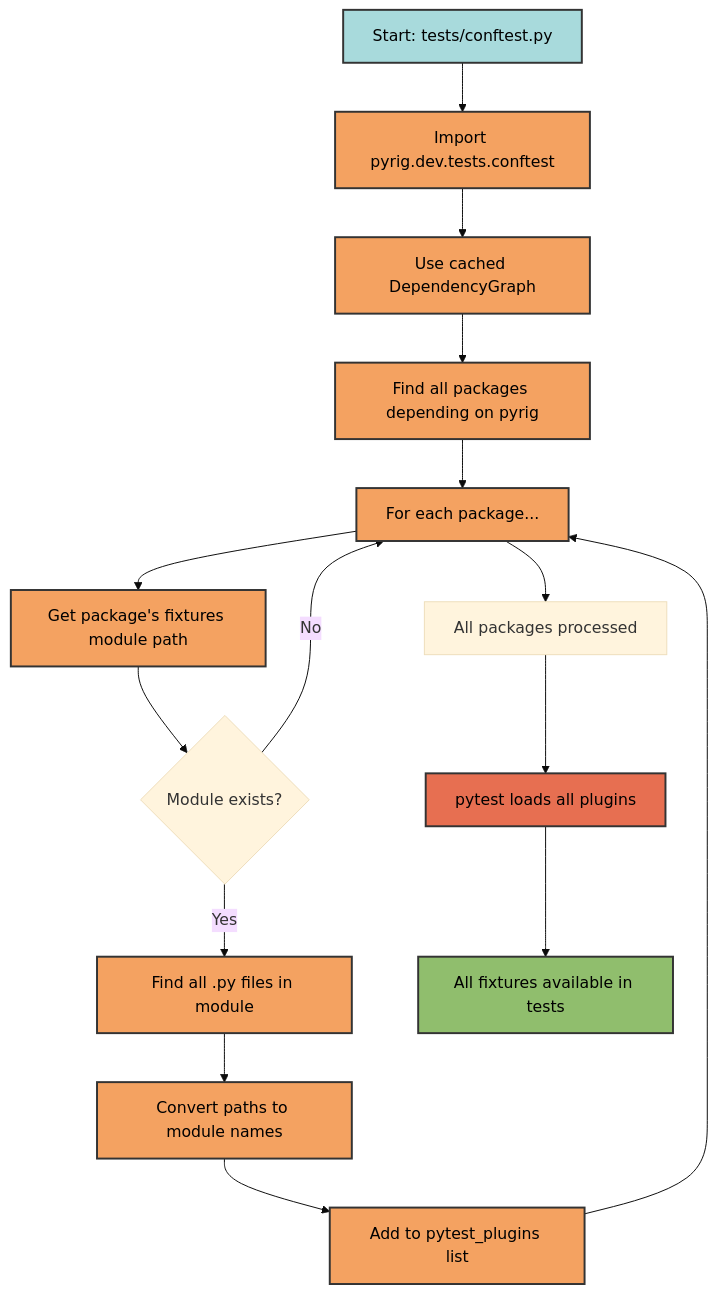
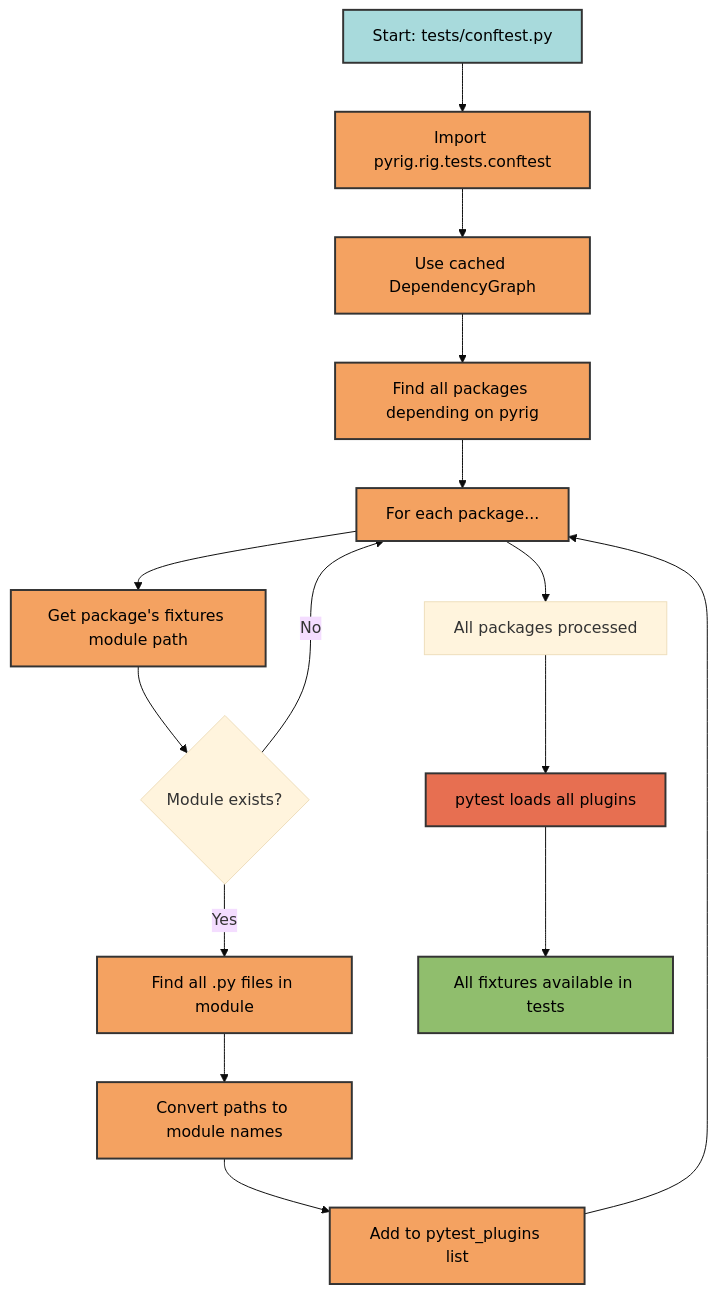
One commit to Winipedia/pyrig changed the third of 3 diagrams in docs/tests/fixtures.md. Above: the diagram before and after it, drawn with Mermaid (base theme). The commit also changed other lines of this file and 478 other files, not shown here.

Commit message:
renamed dev to rig and tests pass

````diff
--- a/docs/tests/fixtures.md
+++ b/docs/tests/fixtures.md
@@ -54,31 +54,31 @@
 ```mermaid
 graph TD
-    A[Start: tests/conftest.py] --> B[Import pyrig.dev.tests.conftest]
+    A[Start: tests/conftest.py] --> B[Import pyrig.rig.tests.conftest]
     B --> C[Use cached DependencyGraph]
     C --> D[Find all packages depending on pyrig]
     D --> E[For each package...]
 
     E --> F[Get package's fixtures module path]
     F --> G{Module exists?}
     G -->|Yes| H[Find all .py files in module]
     G -->|No| E
     H --> I[Convert paths to module names]
     I --> J[Add to pytest_plugins list]
     J --> E
 
     E --> K[All packages processed]
     K --> L[pytest loads all plugins]
     L --> M[All fixtures available in tests]
 
     style A fill:#a8dadc,stroke:#333,stroke-width:2px,color:#000
     style B fill:#f4a261,stroke:#333,stroke-width:2px,color:#000
     style C fill:#f4a261,stroke:#333,stroke-width:2px,color:#000
     style D fill:#f4a261,stroke:#333,stroke-width:2px,color:#000
     style E fill:#f4a261,stroke:#333,stroke-width:2px,color:#000
     style F fill:#f4a261,stroke:#333,stroke-width:2px,color:#000
     style H fill:#f4a261,stroke:#333,stroke-width:2px,color:#000
     style I fill:#f4a261,stroke:#333,stroke-width:2px,color:#000
     style J fill:#f4a261,stroke:#333,stroke-width:2px,color:#000
     style L fill:#e76f51,stroke:#333,stroke-width:2px,color:#000
     style M fill:#90be6d,stroke:#333,stroke-width:2px,color:#000
 ```
````
